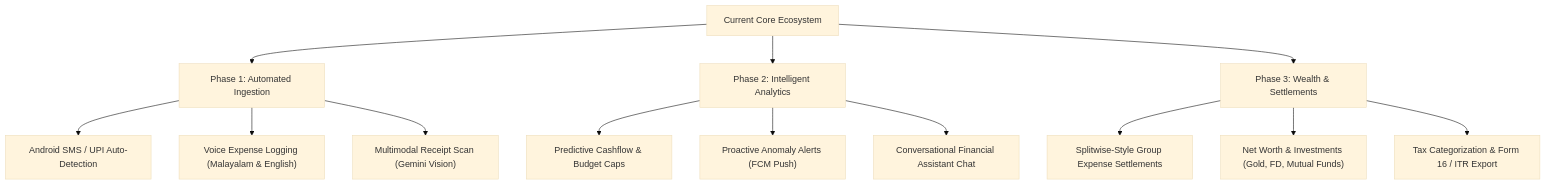
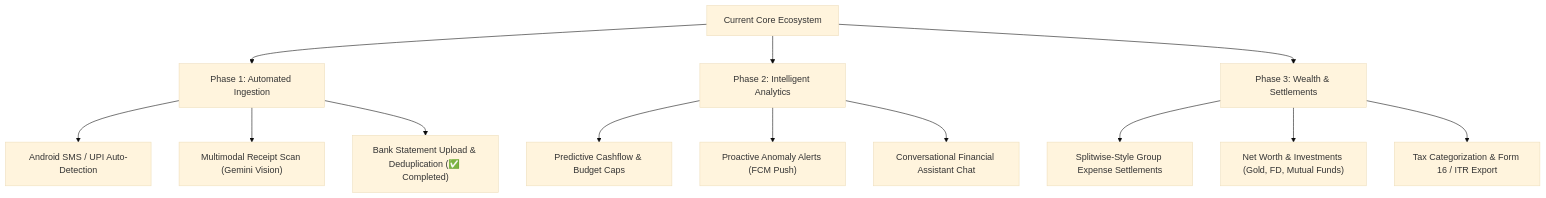
The diagram in docs/UPGRADE_ROADMAP.md (abhilashmamminiyan/manikutti-hub), drawn with Mermaid (base theme) before and after one commit. The commit also changed 3 other files, not shown here.

Commit message:
feat: add bank statement upload, duplicate filtering, and documentation

````diff
--- a/docs/UPGRADE_ROADMAP.md
+++ b/docs/UPGRADE_ROADMAP.md
@@ -12,18 +12,18 @@
 ```mermaid
 flowchart TD
     A["Current Core Ecosystem"] --> B["Phase 1: Automated Ingestion"]
     A --> C["Phase 2: Intelligent Analytics"]
     A --> D["Phase 3: Wealth & Settlements"]
 
     B --> B1["Android SMS / UPI Auto-Detection"]
-    B --> B2["Voice Expense Logging (Malayalam & English)"]
     B --> B3["Multimodal Receipt Scan (Gemini Vision)"]
+    B --> B4["Bank Statement Upload & Deduplication (✅ Completed)"]
 
     C --> C1["Predictive Cashflow & Budget Caps"]
     C --> C2["Proactive Anomaly Alerts (FCM Push)"]
     C --> C3["Conversational Financial Assistant Chat"]
 
     D --> D1["Splitwise-Style Group Expense Settlements"]
     D --> D2["Net Worth & Investments (Gold, FD, Mutual Funds)"]
     D --> D3["Tax Categorization & Form 16 / ITR Export"]
 ```
````
